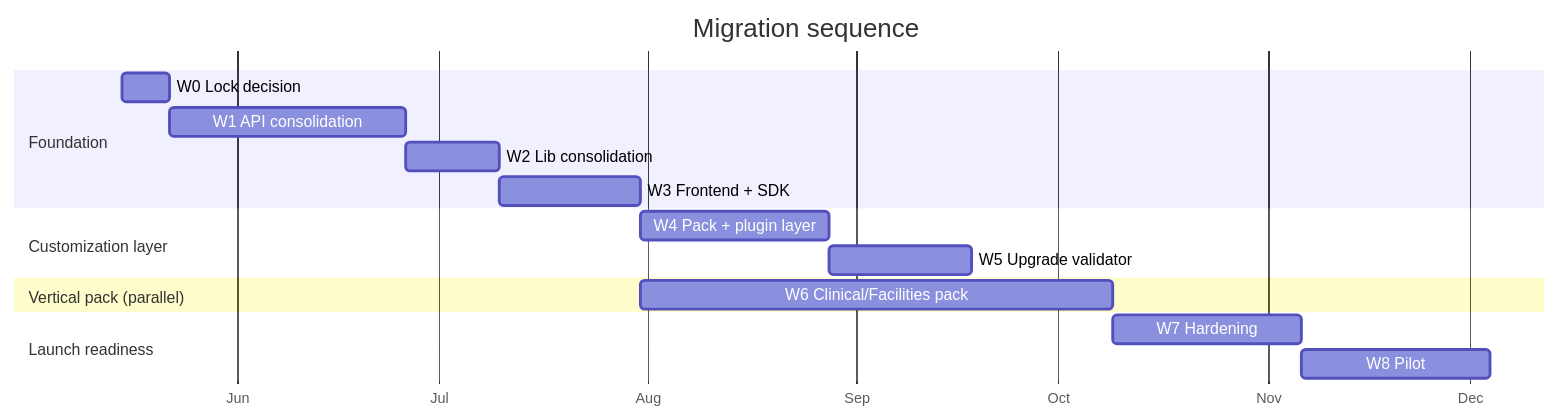
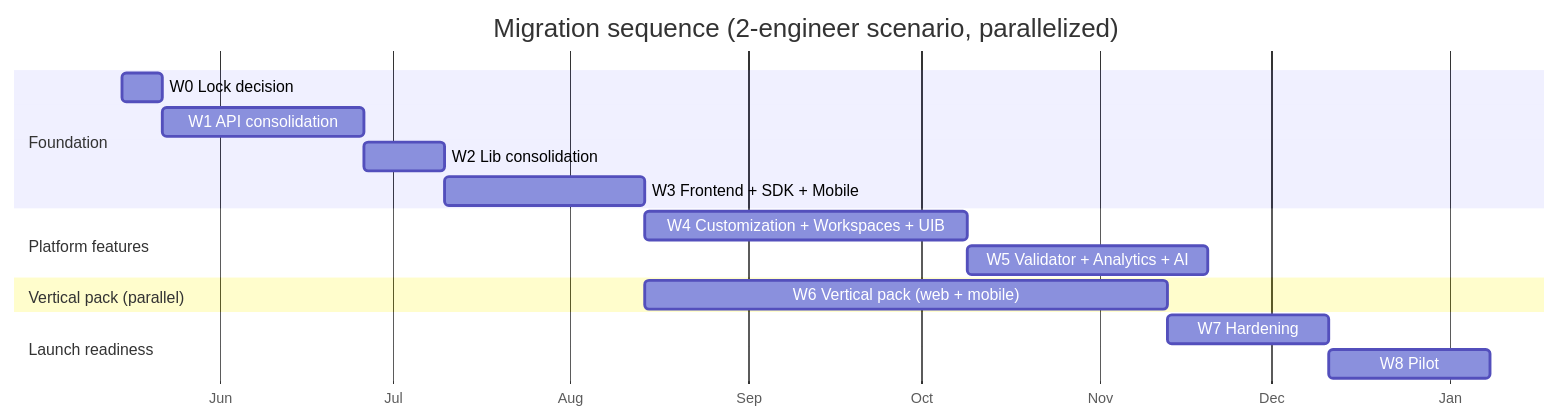
The ninth of 9 diagrams in docs/superpowers/specs/2026-05-09-platform-architecture-design.md (adi-hw/hubble_wave_master), drawn with Mermaid before and after one commit. The commit also changed other lines of this file and 1 other file, not shown here.

First line of the commit message:
docs(spec): platform architecture design v2 — Day-1 mobile + Workspaces + UI Builder + Analytics + rich AI

````diff
--- a/docs/superpowers/specs/2026-05-09-platform-architecture-design.md
+++ b/docs/superpowers/specs/2026-05-09-platform-architecture-design.md
@@ -1228,23 +1444,23 @@
 ```mermaid
 gantt
-  title Migration sequence
+  title Migration sequence (2-engineer scenario, parallelized)
   dateFormat YYYY-MM-DD
   axisFormat %b
 
   section Foundation
-  W0 Lock decision           :w0, 2026-05-15, 7d
-  W1 API consolidation       :w1, after w0, 35d
-  W2 Lib consolidation       :w2, after w1, 14d
-  W3 Frontend + SDK          :w3, after w2, 21d
+  W0 Lock decision                   :w0, 2026-05-15, 7d
+  W1 API consolidation               :w1, after w0, 35d
+  W2 Lib consolidation               :w2, after w1, 14d
+  W3 Frontend + SDK + Mobile         :w3, after w2, 35d
 
-  section Customization layer
-  W4 Pack + plugin layer     :w4, after w3, 28d
-  W5 Upgrade validator       :w5, after w4, 21d
+  section Platform features
+  W4 Customization + Workspaces + UIB:w4, after w3, 56d
+  W5 Validator + Analytics + AI      :w5, after w4, 42d
 
   section Vertical pack (parallel)
-  W6 Clinical/Facilities pack:w6, after w3, 70d
+  W6 Vertical pack (web + mobile)    :w6, after w3, 91d
 
   section Launch readiness
-  W7 Hardening               :w7, after w6, 28d
-  W8 Pilot                   :w8, after w7, 28d
+  W7 Hardening                       :w7, after w6, 28d
+  W8 Pilot                           :w8, after w7, 28d
 ```
````
